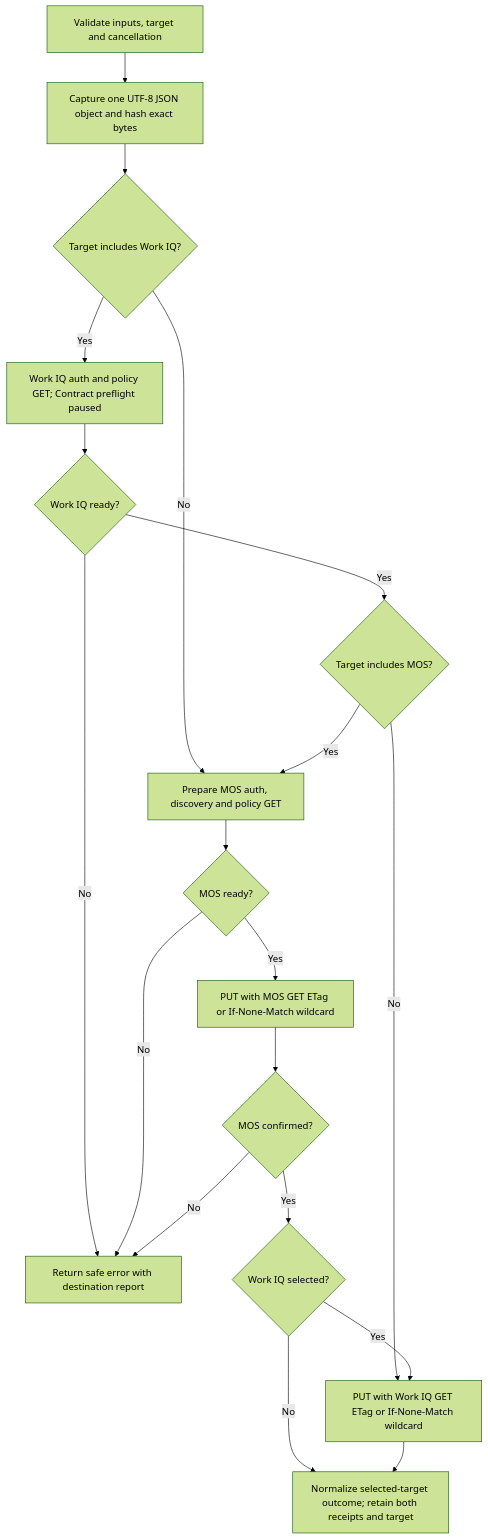
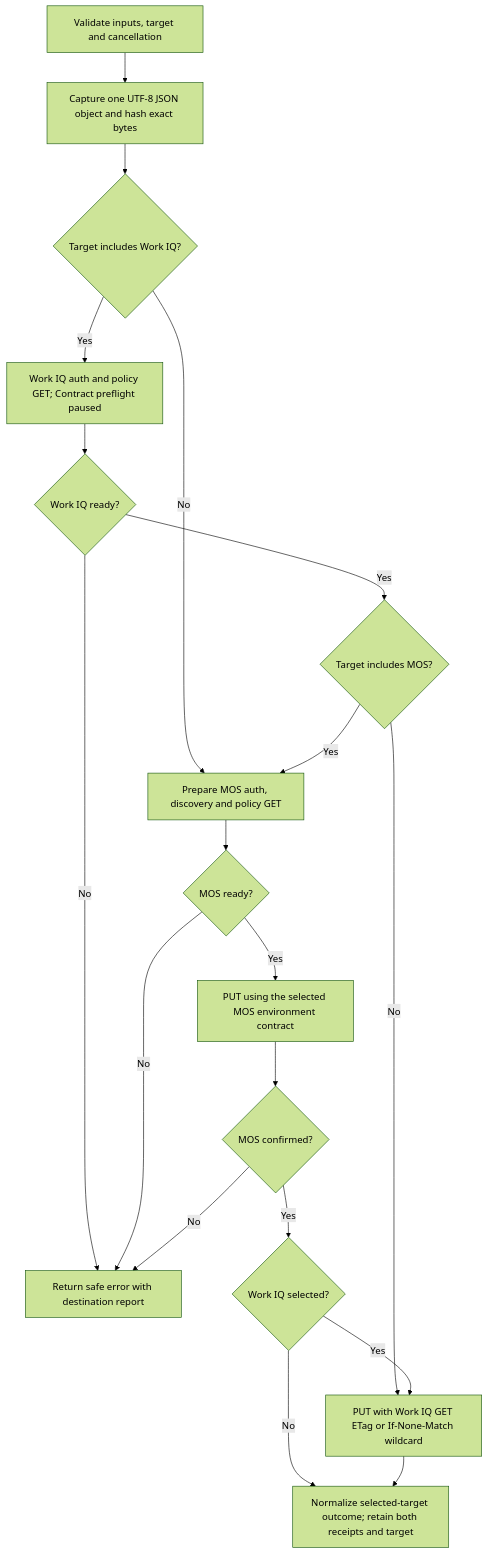
Before and after one commit to OfficeDev/microsoft-365-agents-toolkit: the diagram in docs/03-specs/operations/lifecycle/workiq-publish-policy.md, drawn with Mermaid (forest theme). The commit also changed other lines of this file and 9 other files, not shown here.

First line of the commit message:
fix(fx-core): align MOS SDF policy contract

````diff
--- a/docs/03-specs/operations/lifecycle/workiq-publish-policy.md
+++ b/docs/03-specs/operations/lifecycle/workiq-publish-policy.md
@@ -275,21 +316,21 @@
 ```mermaid
 flowchart TD
   Input[Validate inputs, target and cancellation] --> Capture[Capture one UTF-8 JSON object and hash exact bytes]
   Capture --> SelectWIQ{Target includes Work IQ?}
   SelectWIQ -->|Yes| WIQPrepare[Work IQ auth and policy GET; Contract preflight paused]
   WIQPrepare --> WIQReady{Work IQ ready?}
   WIQReady -->|No| Failure[Return safe error with destination report]
   WIQReady -->|Yes| SelectMOS{Target includes MOS?}
   SelectWIQ -->|No| Preflight[Prepare MOS auth, discovery and policy GET]
   SelectMOS -->|Yes| Preflight
   SelectMOS -->|No| WIQ[PUT with Work IQ GET ETag or If-None-Match wildcard]
   Preflight --> Ready{MOS ready?}
   Ready -->|No| Failure
-  Ready -->|Yes| MOS[PUT with MOS GET ETag or If-None-Match wildcard]
+  Ready -->|Yes| MOS[PUT using the selected MOS environment contract]
   MOS --> Confirmed{MOS confirmed?}
   Confirmed -->|No| Failure
   Confirmed -->|Yes| Remaining{Work IQ selected?}
   Remaining -->|Yes| WIQ
   Remaining -->|No| Report[Normalize selected-target outcome; retain both receipts and target]
   WIQ --> Report
 ```
````
